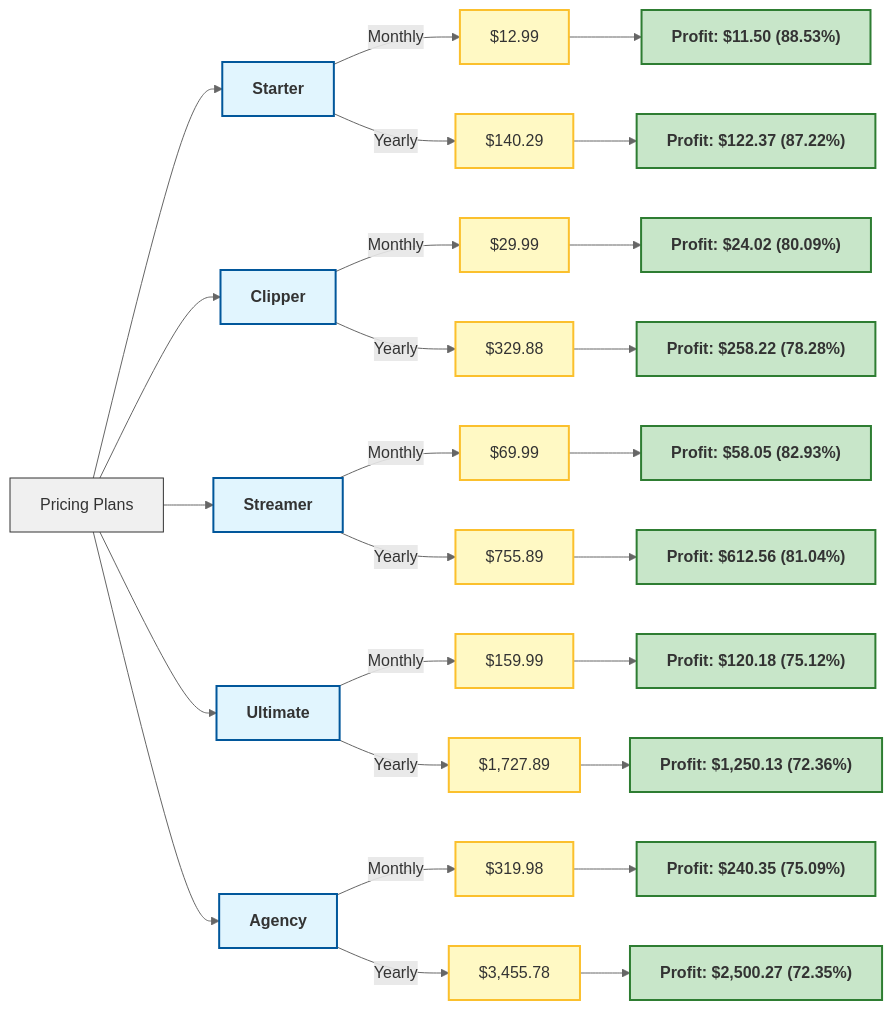
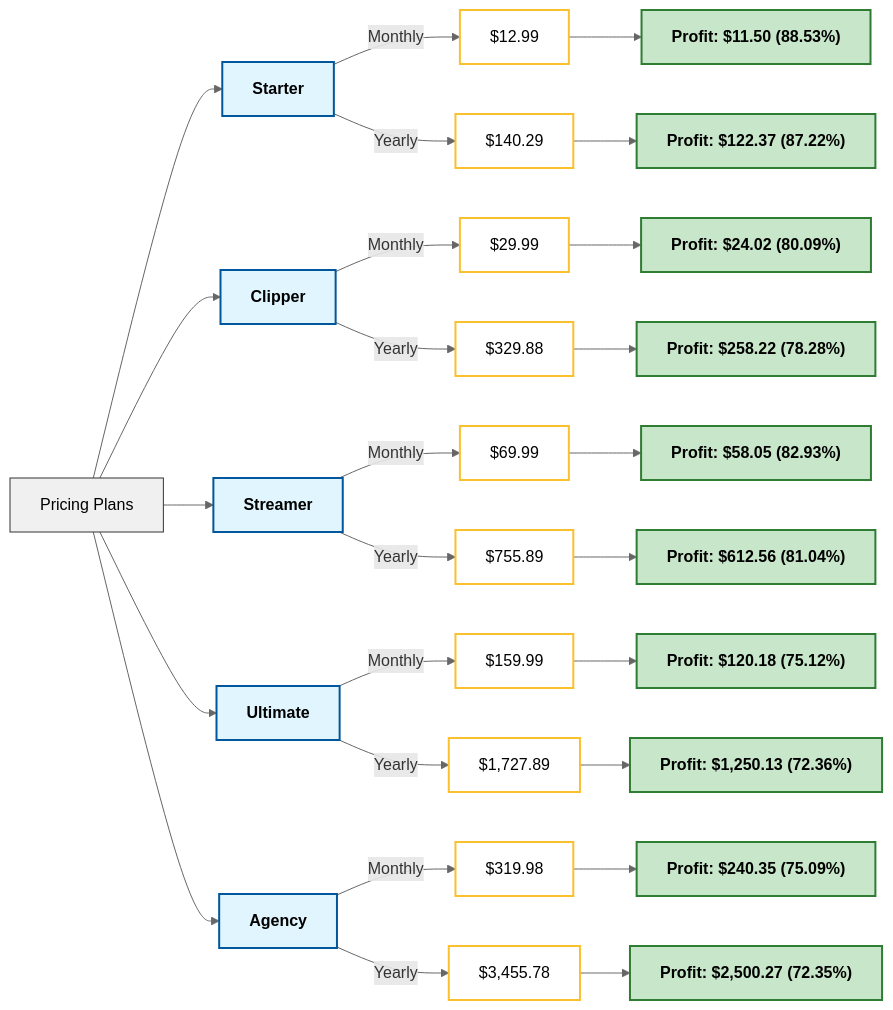
The diagram in README.md (thejmm/CashClips), drawn with Mermaid before and after one commit.

````diff
--- a/README.md
+++ b/README.md
@@ -73,44 +73,72 @@
 ```mermaid
 graph LR
     A[Pricing Plans]
 
     A --> B[Starter]
     A --> C[Clipper]
     A --> D[Streamer]
     A --> E[Ultimate]
     A --> F[Agency]
 
     B --> |Monthly| BM["$12.99"]
     B --> |Yearly| BY["$140.29"]
     C --> |Monthly| CM["$29.99"]
     C --> |Yearly| CY["$329.88"]
     D --> |Monthly| DM["$69.99"]
     D --> |Yearly| DY["$755.89"]
     E --> |Monthly| EM["$159.99"]
     E --> |Yearly| EY["$1,727.89"]
     F --> |Monthly| FM["$319.98"]
     F --> |Yearly| FY["$3,455.78"]
 
     BM --> BMP["Profit: $11.50 (88.53%)"]
     BY --> BYP["Profit: $122.37 (87.22%)"]
     CM --> CMP["Profit: $24.02 (80.09%)"]
     CY --> CYP["Profit: $258.22 (78.28%)"]
     DM --> DMP["Profit: $58.05 (82.93%)"]
     DY --> DYP["Profit: $612.56 (81.04%)"]
     EM --> EMP["Profit: $120.18 (75.12%)"]
     EY --> EYP["Profit: $1,250.13 (72.36%)"]
     FM --> FMP["Profit: $240.35 (75.09%)"]
     FY --> FYP["Profit: $2,500.27 (72.35%)"]
 
     classDef default fill:#f0f0f0,stroke:#333,stroke-width:1px;
     classDef plan fill:#e1f5fe,stroke:#01579b,stroke-width:2px,font-weight:bold;
-    classDef price fill:#fff9c4,stroke:#fbc02d,stroke-width:2px;
+    classDef price fill:#ffffff,stroke:#fbc02d,stroke-width:2px;
     classDef profit fill:#c8e6c9,stroke:#2e7d32,stroke-width:2px,font-weight:bold;
     
     class A default;
     class B,C,D,E,F plan;
     class BM,BY,CM,CY,DM,DY,EM,EY,FM,FY price;
     class BMP,BYP,CMP,CYP,DMP,DYP,EMP,EYP,FMP,FYP profit;
 
     linkStyle default stroke:#666,stroke-width:1px;
+
+    %% Override text color to black for all nodes
+    style A fill:#f0f0f0,stroke:#333,color:#000;
+    style B fill:#e1f5fe,stroke:#01579b,color:#000;
+    style C fill:#e1f5fe,stroke:#01579b,color:#000;
+    style D fill:#e1f5fe,stroke:#01579b,color:#000;
+    style E fill:#e1f5fe,stroke:#01579b,color:#000;
+    style F fill:#e1f5fe,stroke:#01579b,color:#000;
+    style BM fill:#ffffff,stroke:#fbc02d,color:#000;
+    style BY fill:#ffffff,stroke:#fbc02d,color:#000;
+    style CM fill:#ffffff,stroke:#fbc02d,color:#000;
+    style CY fill:#ffffff,stroke:#fbc02d,color:#000;
+    style DM fill:#ffffff,stroke:#fbc02d,color:#000;
+    style DY fill:#ffffff,stroke:#fbc02d,color:#000;
+    style EM fill:#ffffff,stroke:#fbc02d,color:#000;
+    style EY fill:#ffffff,stroke:#fbc02d,color:#000;
+    style FM fill:#ffffff,stroke:#fbc02d,color:#000;
+    style FY fill:#ffffff,stroke:#fbc02d,color:#000;
+    style BMP fill:#c8e6c9,stroke:#2e7d32,color:#000;
+    style BYP fill:#c8e6c9,stroke:#2e7d32,color:#000;
+    style CMP fill:#c8e6c9,stroke:#2e7d32,color:#000;
+    style CYP fill:#c8e6c9,stroke:#2e7d32,color:#000;
+    style DMP fill:#c8e6c9,stroke:#2e7d32,color:#000;
+    style DYP fill:#c8e6c9,stroke:#2e7d32,color:#000;
+    style EMP fill:#c8e6c9,stroke:#2e7d32,color:#000;
+    style EYP fill:#c8e6c9,stroke:#2e7d32,color:#000;
+    style FMP fill:#c8e6c9,stroke:#2e7d32,color:#000;
+    style FYP fill:#c8e6c9,stroke:#2e7d32,color:#000;
 ```
````
